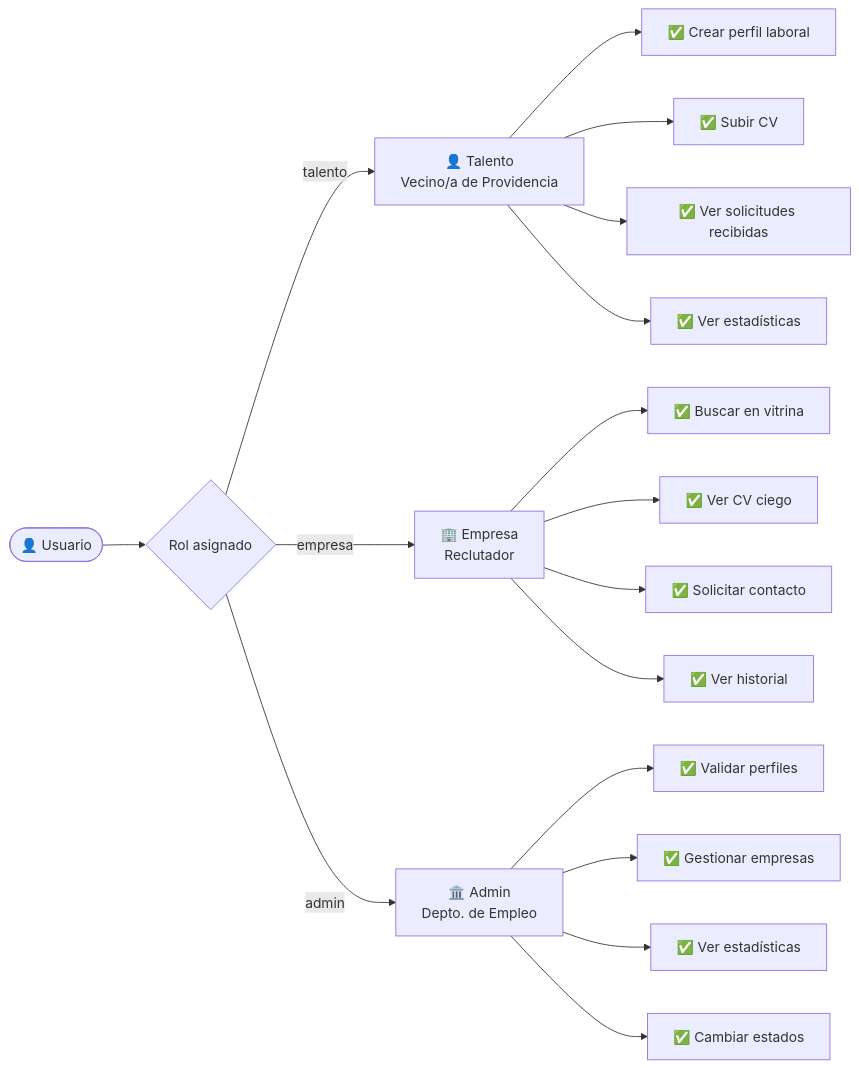
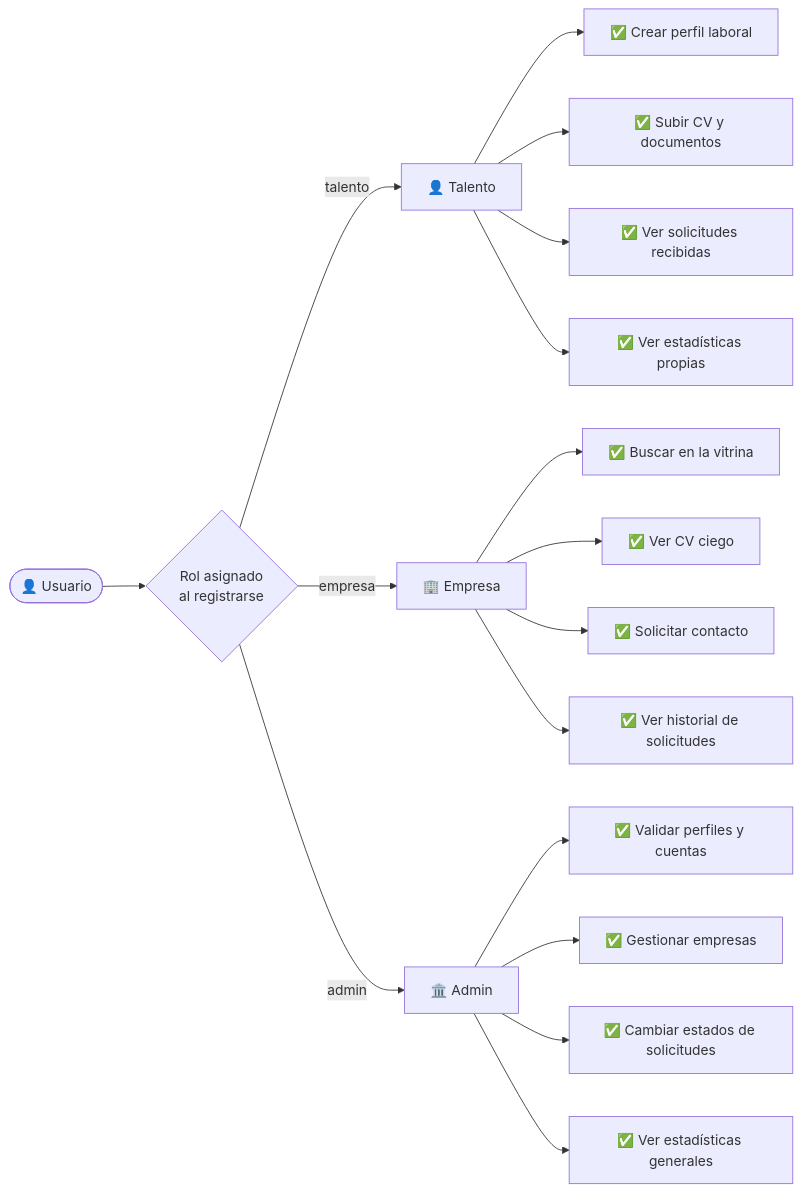
One commit to Vicentezapata/proviemplea-greudy changed the sixth of 7 diagrams in backend/README.md. Above: the diagram before and after it, drawn with Mermaid. The commit also changed other lines of this file, not shown here.

````diff
--- a/backend/README.md
+++ b/backend/README.md
@@ -419,23 +612,23 @@
 ```mermaid
 graph LR
-    U([👤 Usuario]) --> R{Rol asignado}
+    U([👤 Usuario]) --> R{Rol asignado\nal registrarse}
 
-    R -->|talento| T["👤 Talento\nVecino/a de Providencia"]
-    R -->|empresa| E["🏢 Empresa\nReclutador"]
-    R -->|admin| A["🏛️ Admin\nDepto. de Empleo"]
+    R -->|talento| T["👤 Talento"]
+    R -->|empresa| E["🏢 Empresa"]
+    R -->|admin| A["🏛️ Admin"]
 
     T --> T1[✅ Crear perfil laboral]
-    T --> T2[✅ Subir CV]
+    T --> T2[✅ Subir CV y documentos]
     T --> T3[✅ Ver solicitudes recibidas]
-    T --> T4[✅ Ver estadísticas]
+    T --> T4[✅ Ver estadísticas propias]
 
-    E --> E1[✅ Buscar en vitrina]
+    E --> E1[✅ Buscar en la vitrina]
     E --> E2[✅ Ver CV ciego]
     E --> E3[✅ Solicitar contacto]
-    E --> E4[✅ Ver historial]
+    E --> E4[✅ Ver historial de solicitudes]
 
-    A --> A1[✅ Validar perfiles]
+    A --> A1[✅ Validar perfiles y cuentas]
     A --> A2[✅ Gestionar empresas]
-    A --> A3[✅ Ver estadísticas]
-    A --> A4[✅ Cambiar estados]
+    A --> A3[✅ Cambiar estados de solicitudes]
+    A --> A4[✅ Ver estadísticas generales]
 ```
````
